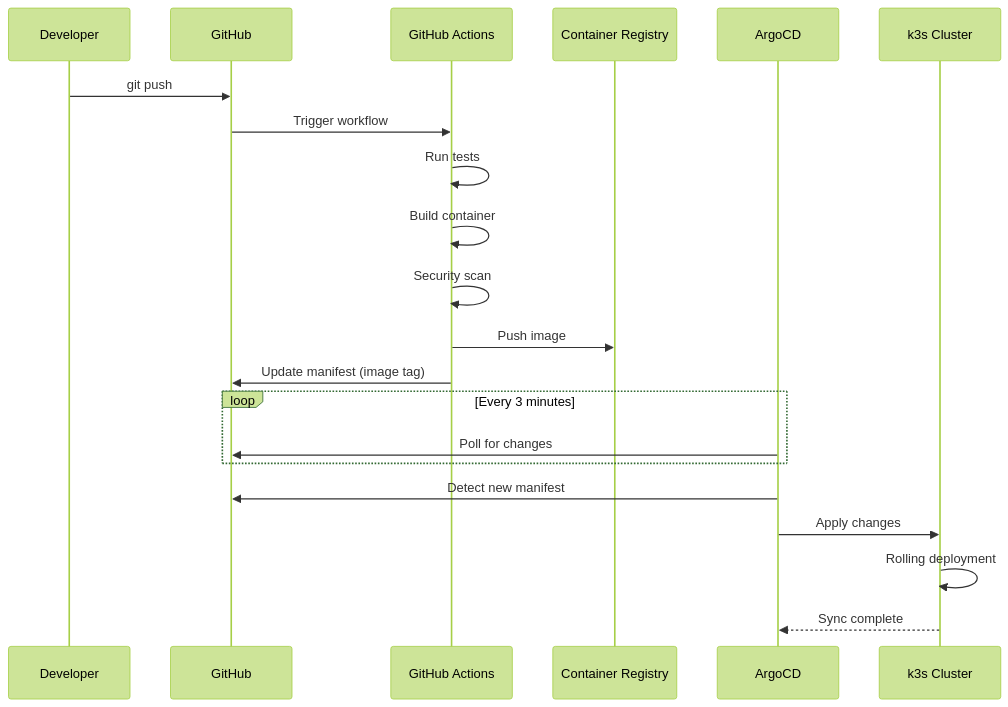
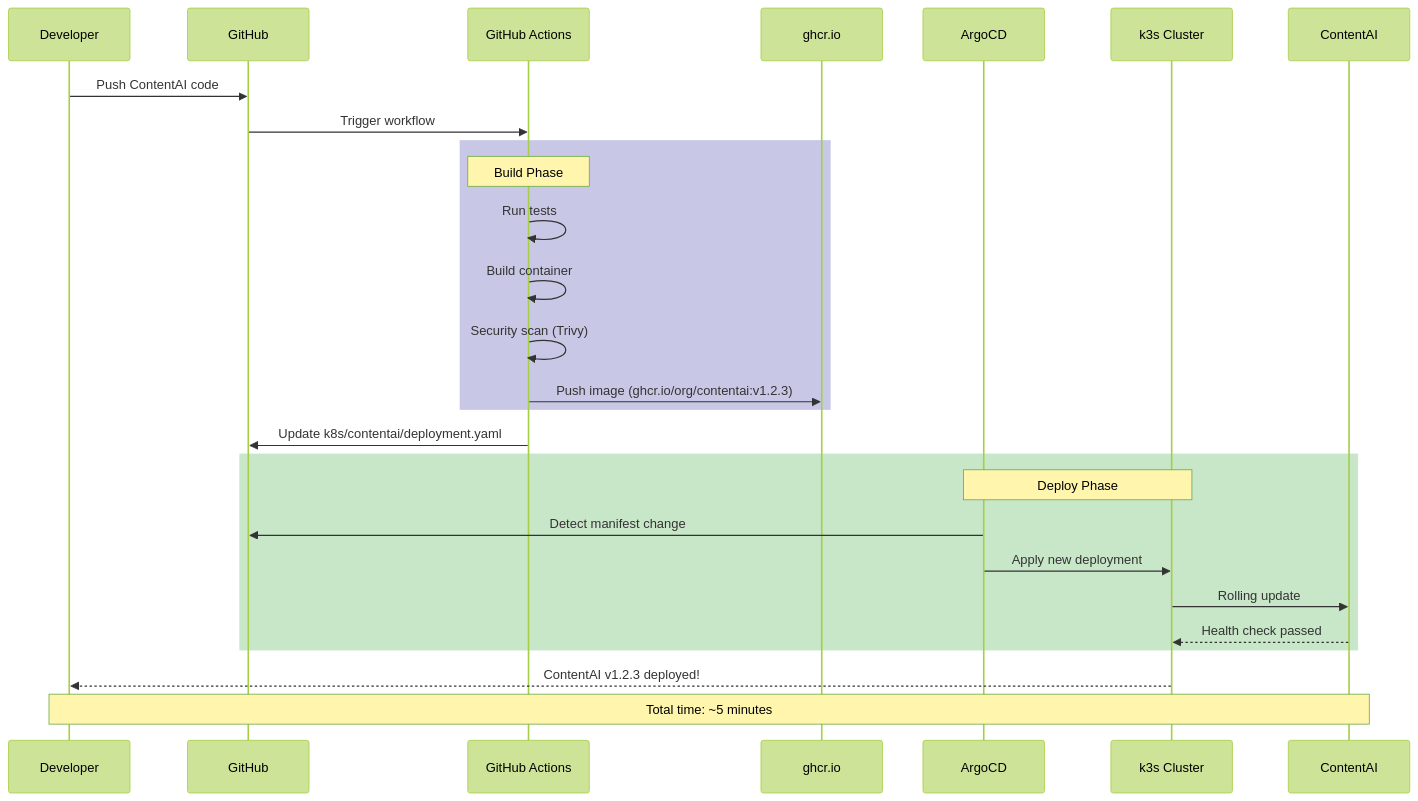
Before and after one commit to PearlThoughtsInternship/Internship-Obsidian-Vault: the fifth of 9 diagrams in DevOps/01-Product/04-Target-Architecture.md, drawn with Mermaid (forest theme). The commit also changed other lines of this file and 1 other file, not shown here.

First line of the commit message:
Rewrite Capabilities and Target Architecture with ContentAI focus

````diff
--- a/DevOps/01-Product/04-Target-Architecture.md
+++ b/DevOps/01-Product/04-Target-Architecture.md
@@ -120,26 +198,35 @@
 ```mermaid
 sequenceDiagram
     participant Dev as Developer
     participant GH as GitHub
     participant CI as GitHub Actions
-    participant REG as Container Registry
+    participant REG as ghcr.io
     participant ARGO as ArgoCD
     participant K8S as k3s Cluster
+    participant CAI as ContentAI
 
-    Dev->>GH: git push
+    Dev->>GH: Push ContentAI code
     GH->>CI: Trigger workflow
+
+    rect rgb(200, 200, 230)
+    Note over CI: Build Phase
     CI->>CI: Run tests
     CI->>CI: Build container
-    CI->>CI: Security scan
-    CI->>REG: Push image
-    CI->>GH: Update manifest (image tag)
-
-    loop Every 3 minutes
-        ARGO->>GH: Poll for changes
+    CI->>CI: Security scan (Trivy)
+    CI->>REG: Push image (ghcr.io/org/contentai:v1.2.3)
     end
 
-    ARGO->>GH: Detect new manifest
-    ARGO->>K8S: Apply changes
-    K8S->>K8S: Rolling deployment
-    K8S-->>ARGO: Sync complete
+    CI->>GH: Update k8s/contentai/deployment.yaml
+
+    rect rgb(200, 230, 200)
+    Note over ARGO,K8S: Deploy Phase
+    ARGO->>GH: Detect manifest change
+    ARGO->>K8S: Apply new deployment
+    K8S->>CAI: Rolling update
+    CAI-->>K8S: Health check passed
+    end
+
+    K8S-->>Dev: ContentAI v1.2.3 deployed!
+
+    Note over Dev,CAI: Total time: ~5 minutes
 ```
````
